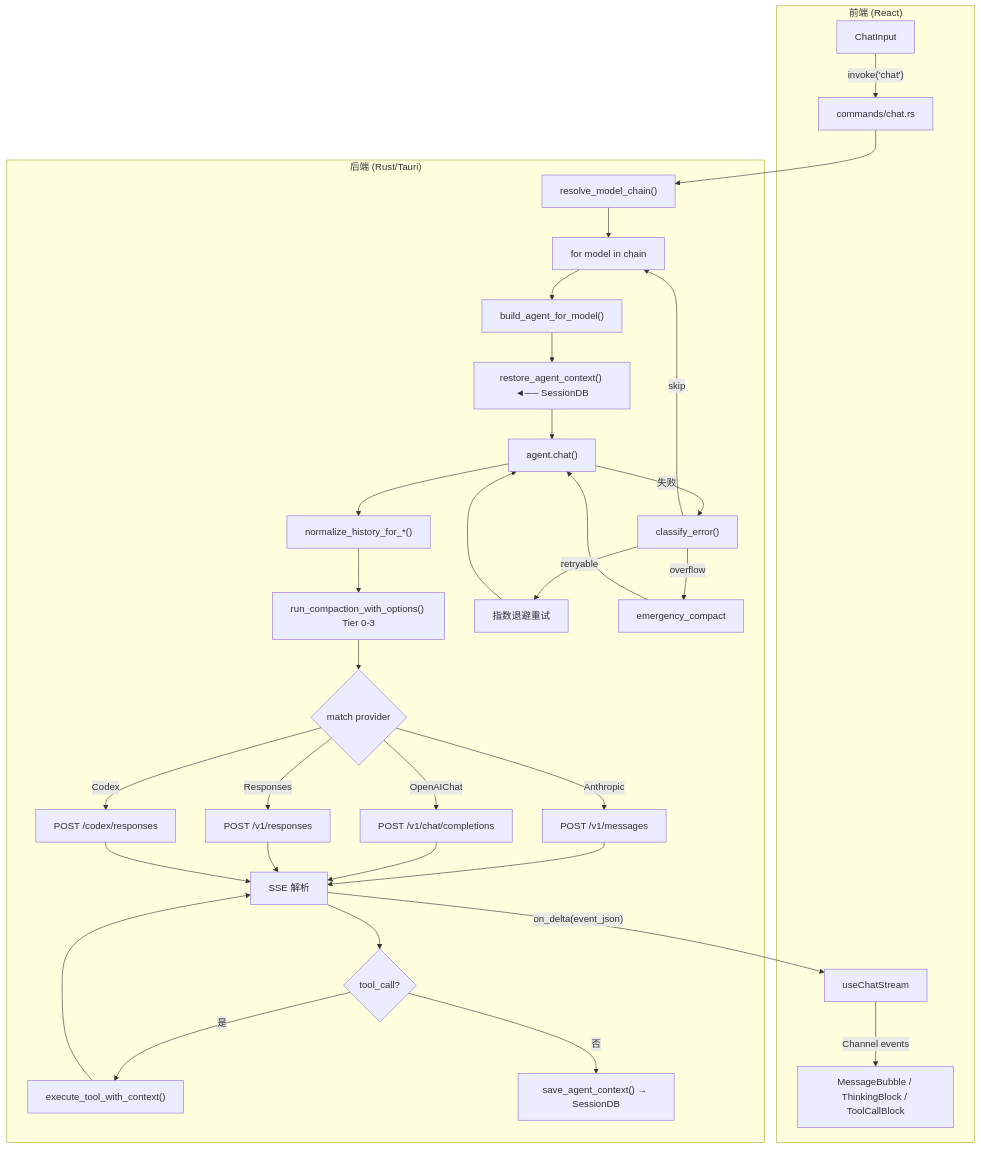
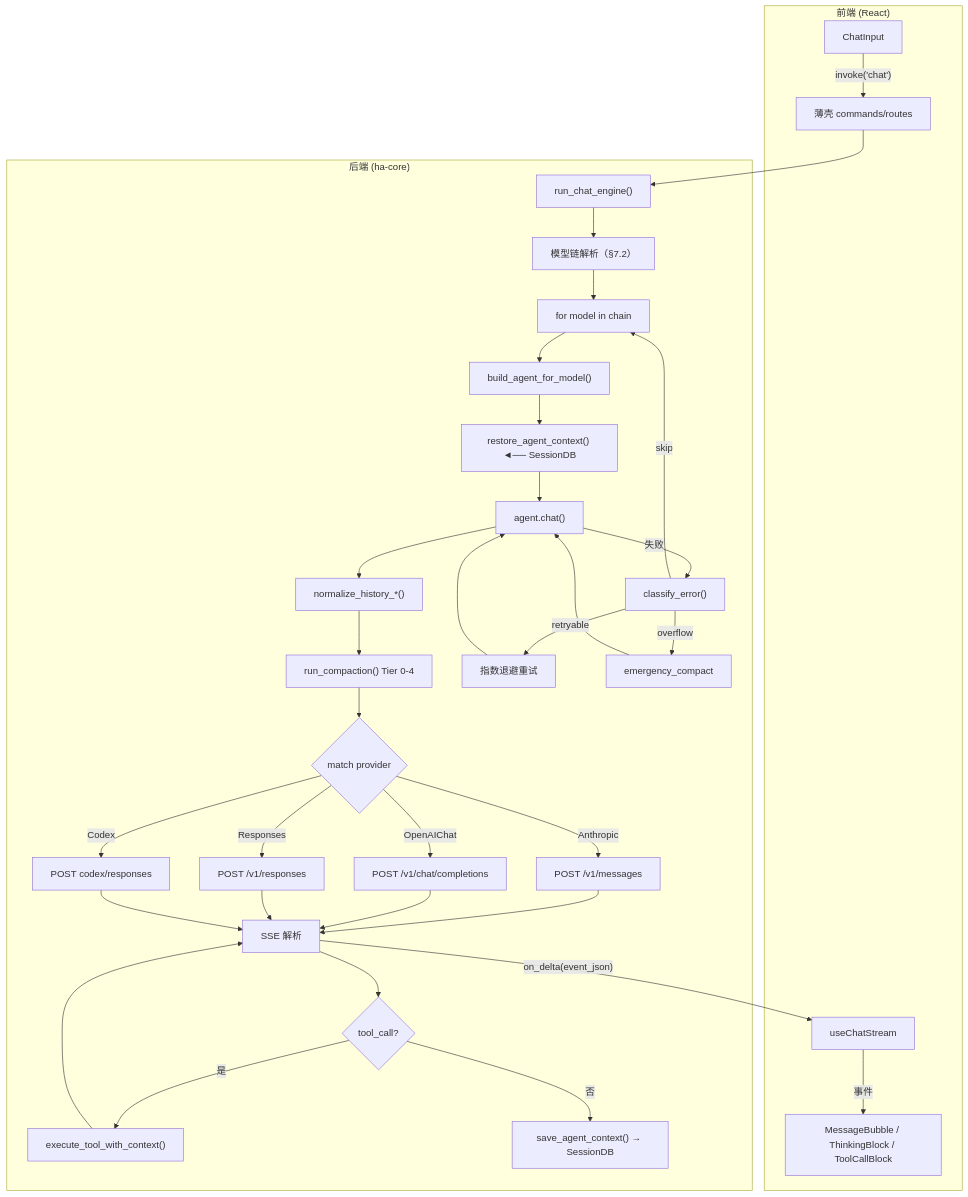
Before and after one commit to shiwenwen/hope-agent: diagram 16 of 16 in docs/architecture/provider-system.md, drawn with Mermaid. The commit also changed other lines of this file and 2 other files, not shown here.

First line of the commit message:
🦭docs: 大件一遍稿（backend-separation/provider-system/memory）——待补对抗校验

````diff
--- a/docs/architecture/provider-system.md
+++ b/docs/architecture/provider-system.md
@@ -928,41 +786,40 @@
 ```mermaid
 flowchart TD
   subgraph Frontend["前端 (React)"]
     INPUT["ChatInput"] -->|"invoke('chat')"| INVOKE
-    STREAM["useChatStream"] -->|"Channel events"| RENDER
+    STREAM["useChatStream"] -->|"事件"| RENDER
     RENDER["MessageBubble / ThinkingBlock / ToolCallBlock"]
   end
 
-  subgraph Backend["后端 (Rust/Tauri)"]
-    INVOKE["commands/chat.rs"] --> RESOLVE["resolve_model_chain()"]
+  subgraph Backend["后端 (ha-core)"]
+    INVOKE["薄壳 commands/routes"] --> ENGINE["run_chat_engine()"]
+    ENGINE --> RESOLVE["模型链解析（§7.2）"]
     RESOLVE --> LOOP["for model in chain"]
 
     LOOP --> BUILD["build_agent_for_model()"]
     BUILD --> RESTORE["restore_agent_context() ◄── SessionDB"]
     RESTORE --> AGENT["agent.chat()"]
 
-    AGENT --> NORMALIZE["normalize_history_for_*()"]
-    NORMALIZE --> COMPACTION["run_compaction_with_options() Tier 0-3"]
+    AGENT --> NORMALIZE["normalize_history_*()"]
+    NORMALIZE --> COMPACTION["run_compaction() Tier 0-4"]
     COMPACTION --> PROVIDER{"match provider"}
 
     PROVIDER -->|Anthropic| P1["POST /v1/messages"]
     PROVIDER -->|OpenAIChat| P2["POST /v1/chat/completions"]
     PROVIDER -->|Responses| P3["POST /v1/responses"]
-    PROVIDER -->|Codex| P4["POST /codex/responses"]
+    PROVIDER -->|Codex| P4["POST codex/responses"]
 
     P1 & P2 & P3 & P4 --> SSE["SSE 解析"]
     SSE -->|"on_delta(event_json)"| STREAM
 
     SSE --> TOOLQ{"tool_call?"}
     TOOLQ -->|是| TEXEC["execute_tool_with_context()"]
     TEXEC --> SSE
     TOOLQ -->|否| SAVE["save_agent_context() → SessionDB"]
 
     AGENT -->|失败| CLASSIFY["classify_error()"]
-    CLASSIFY -->|retryable| BACKOFF["指数退避重试"]
-    BACKOFF --> AGENT
-    CLASSIFY -->|overflow| EMERGENCY["emergency_compact"]
-    EMERGENCY --> AGENT
+    CLASSIFY -->|retryable| BACKOFF["指数退避重试"] --> AGENT
+    CLASSIFY -->|overflow| EMERGENCY["emergency_compact"] --> AGENT
     CLASSIFY -->|skip| LOOP
   end
 ```
````
